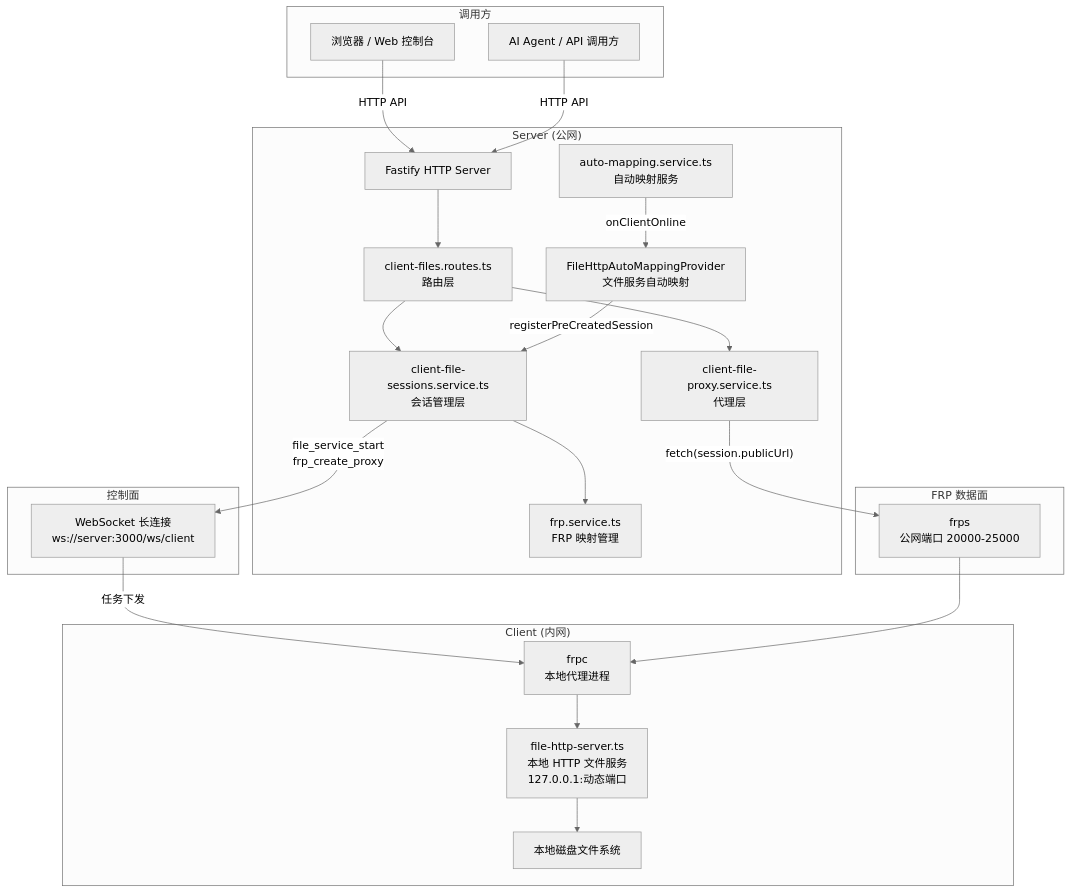
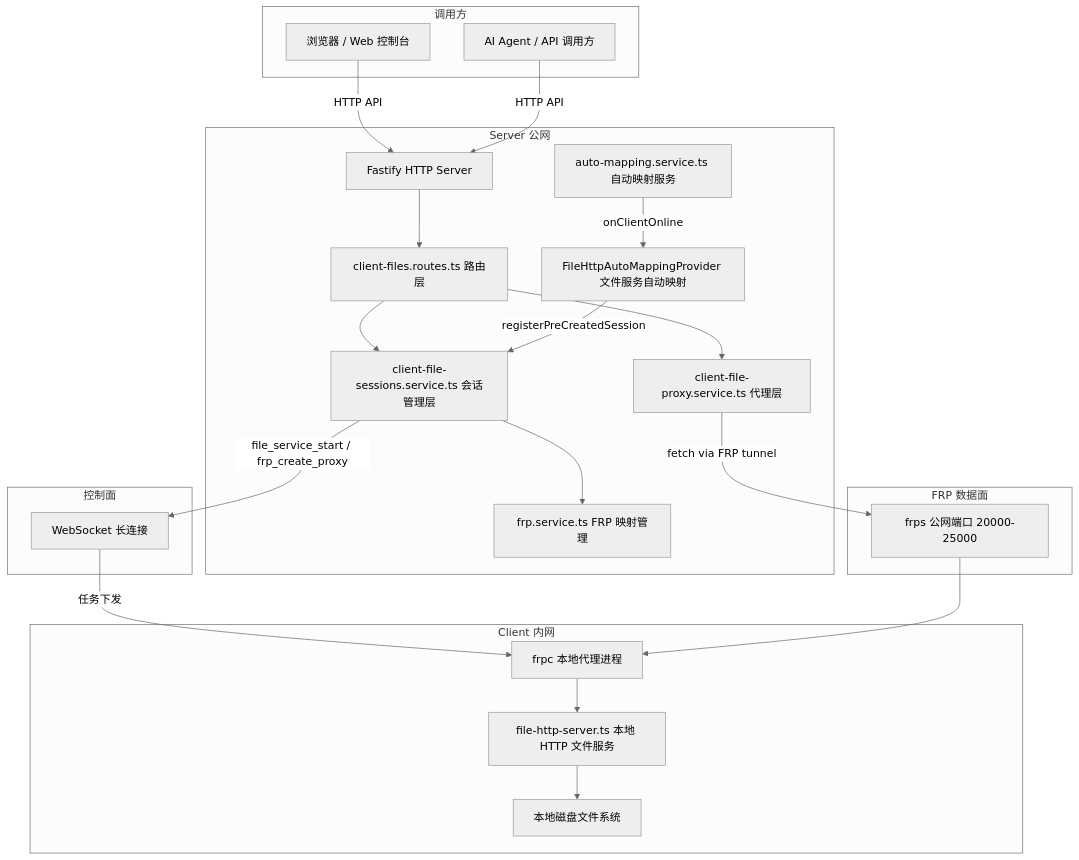
Before and after one commit to xuzhen97/remote-agent-gateway: the first of 6 diagrams in docs/client-file-management.md, drawn with Mermaid (neutral theme). The commit also changed other lines of this file, not shown here.

First line of the commit message:
docs: fix mermaid diagrams that failed to render

````diff
--- a/docs/client-file-management.md
+++ b/docs/client-file-management.md
@@ -13,46 +13,46 @@
 ```mermaid
 graph TD
-    subgraph "调用方"
-        A[浏览器 / Web 控制台]
-        B[AI Agent / API 调用方]
+    subgraph 调用方
+        A["浏览器 / Web 控制台"]
+        B["AI Agent / API 调用方"]
     end
 
-    subgraph "Server (公网)"
-        C[Fastify HTTP Server]
-        D[client-files.routes.ts<br/>路由层]
-        E[client-file-proxy.service.ts<br/>代理层]
-        F[client-file-sessions.service.ts<br/>会话管理层]
-        G[frp.service.ts<br/>FRP 映射管理]
-        H[auto-mapping.service.ts<br/>自动映射服务]
-        I[FileHttpAutoMappingProvider<br/>文件服务自动映射]
+    subgraph "Server 公网"
+        C["Fastify HTTP Server"]
+        D["client-files.routes.ts 路由层"]
+        E["client-file-proxy.service.ts 代理层"]
+        F["client-file-sessions.service.ts 会话管理层"]
+        G["frp.service.ts FRP 映射管理"]
+        H["auto-mapping.service.ts 自动映射服务"]
+        I["FileHttpAutoMappingProvider 文件服务自动映射"]
     end
 
     subgraph "FRP 数据面"
-        J[frps<br/>公网端口 20000-25000]
+        J["frps 公网端口 20000-25000"]
     end
 
-    subgraph "Client (内网)"
-        K[frpc<br/>本地代理进程]
-        L[file-http-server.ts<br/>本地 HTTP 文件服务<br/>127.0.0.1:动态端口]
-        M[本地磁盘文件系统]
+    subgraph "Client 内网"
+        K["frpc 本地代理进程"]
+        L["file-http-server.ts 本地 HTTP 文件服务"]
+        M["本地磁盘文件系统"]
     end
 
-    subgraph "控制面"
-        N[WebSocket 长连接<br/>ws://server:3000/ws/client]
+    subgraph 控制面
+        N["WebSocket 长连接"]
     end
 
     A -->|HTTP API| C
     B -->|HTTP API| C
     C --> D
     D --> F
-    F -->|"file_service_start<br/>frp_create_proxy"| N
+    F -->|"file_service_start / frp_create_proxy"| N
     N -->|任务下发| K
     D --> E
-    E -->|"fetch(session.publicUrl)"| J
+    E -->|"fetch via FRP tunnel"| J
     J --> K
     K --> L
     L --> M
     F --> G
-    H -->|"onClientOnline"| I
-    I -->|"registerPreCreatedSession"| F
+    H -->|onClientOnline| I
+    I -->|registerPreCreatedSession| F
 ```
````
